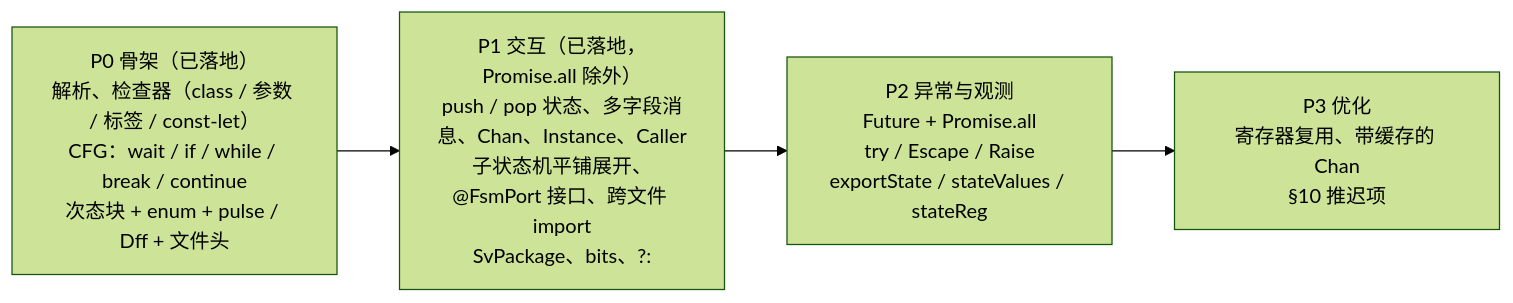
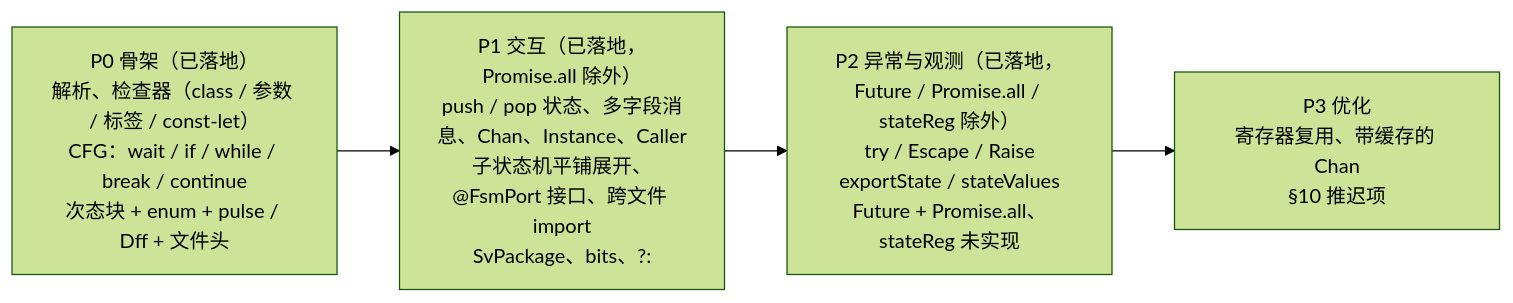
The seventh of 7 diagrams in docs/state/async-fsm.md (rede97/autowire), drawn with Mermaid (forest theme) before and after one commit. The commit also changed other lines of this file and 24 other files, not shown here.

First line of the commit message:
feat(fsm): try / Escape / Raise, exportState / stateValues, @SvEnum types

````diff
--- a/docs/state/async-fsm.md
+++ b/docs/state/async-fsm.md
@@ -3316,6 +3579,6 @@
 ```mermaid
 flowchart LR
   P0["P0 骨架（已落地）<br/>解析、检查器（class / 参数 / 标签 / const-let）<br/>CFG：wait / if / while / break / continue<br/>次态块 + enum + pulse / Dff + 文件头"] --> P1["P1 交互（已落地，Promise.all 除外）<br/>push / pop 状态、多字段消息、Chan、Instance、Caller<br/>子状态机平铺展开、@FsmPort 接口、跨文件 import<br/>SvPackage、bits、?:"]
-  P1 --> P2["P2 异常与观测<br/>Future + Promise.all<br/>try / Escape / Raise<br/>exportState / stateValues / stateReg"]
+  P1 --> P2["P2 异常与观测（已落地，Future / Promise.all / stateReg 除外）<br/>try / Escape / Raise<br/>exportState / stateValues<br/>Future + Promise.all、stateReg 未实现"]
   P2 --> P3["P3 优化<br/>寄存器复用、带缓存的 Chan<br/>§10 推迟项"]
 ```
````
